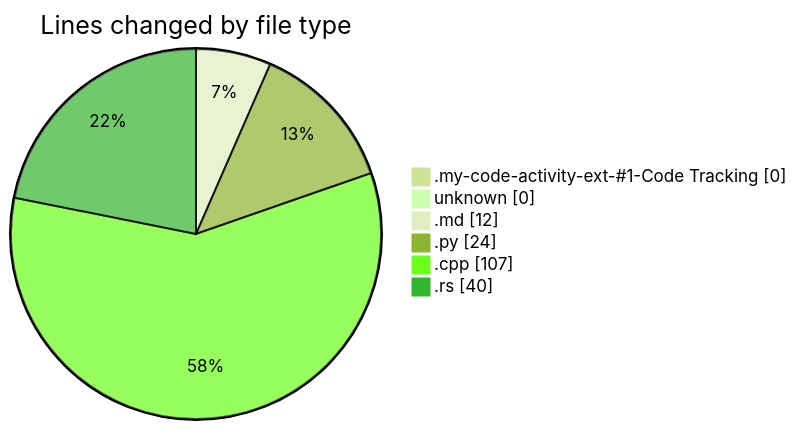
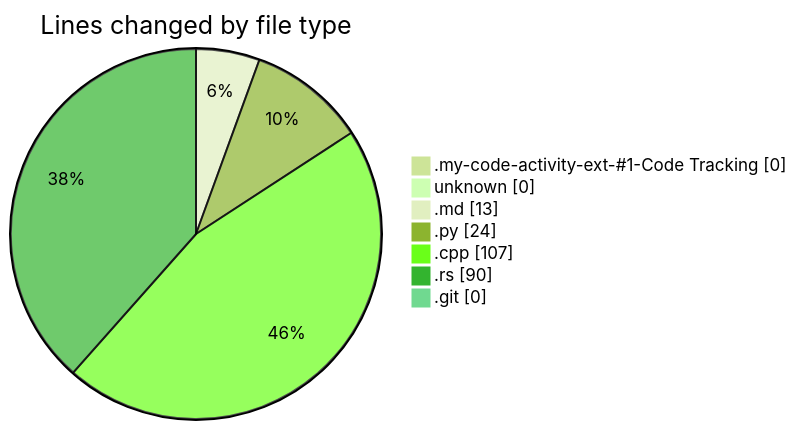
The first of 2 diagrams in repositories/2024-12-26/leetcode-solutions/README.md (ernivani/code-tracking), drawn with Mermaid (forest theme) before and after one commit. The commit also changed other lines of this file and 1 other file, not shown here.

````diff
--- a/repositories/2024-12-26/leetcode-solutions/README.md
+++ b/repositories/2024-12-26/leetcode-solutions/README.md
@@ -27,10 +30,11 @@
 ```mermaid
 pie showData
 title Lines changed by file type
 ".my-code-activity-ext-#1-Code Tracking" : 0
 "unknown" : 0
-".md" : 12
+".md" : 13
 ".py" : 24
 ".cpp" : 107
-".rs" : 40
+".rs" : 90
+".git" : 0
 ```
````
